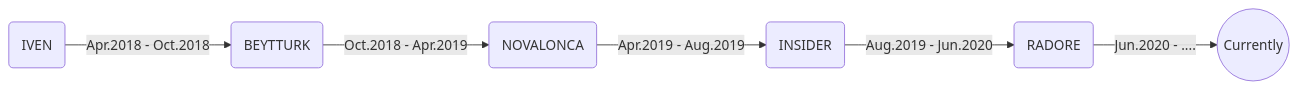
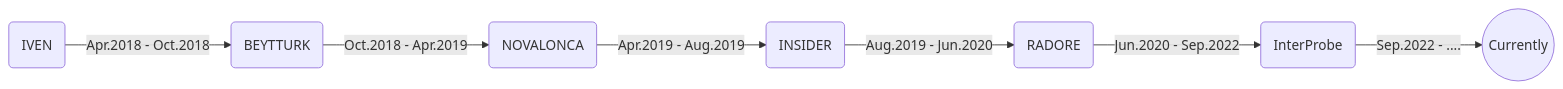
One commit to zaferhuzmeli/zaferhuzmeli changed the diagram in README.md. Above: the diagram before and after it, drawn with Mermaid.

Commit message:
update my new work

````diff
--- a/README.md
+++ b/README.md
@@ -42,8 +42,9 @@
 ```mermaid
 graph LR
-  rcd(RADORE)    -- Jun.2020 - .... --> now((Currently))
+  iprb(InterProbe)    -- Sep.2022 - .... --> now((Currently))
+  rcd(RADORE)    -- Jun.2020 - Sep.2022 --> iprb(InterProbe)
   ins(INSIDER)   -- Aug.2019 - Jun.2020  --> rcd(RADORE)
   nl(NOVALONCA)  -- Apr.2019 - Aug.2019  --> ins(INSIDER)
   byt(BEYTTURK)  -- Oct.2018 - Apr.2019  --> nl(NOVALONCA)
   iven(IVEN)     -- Apr.2018 - Oct.2018  --> byt(BEYTTURK)  
 ```
````
